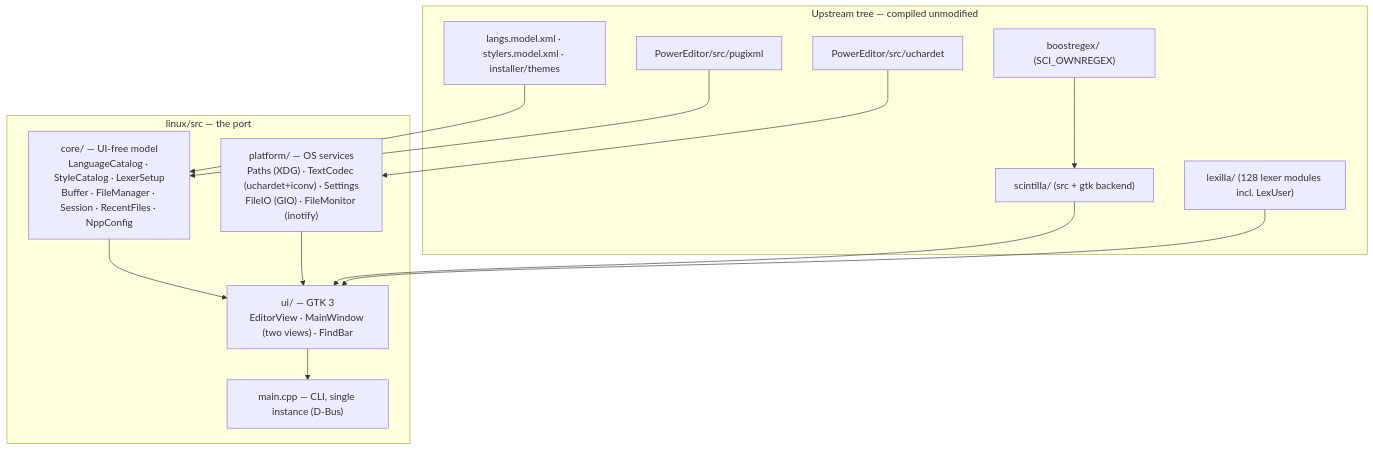
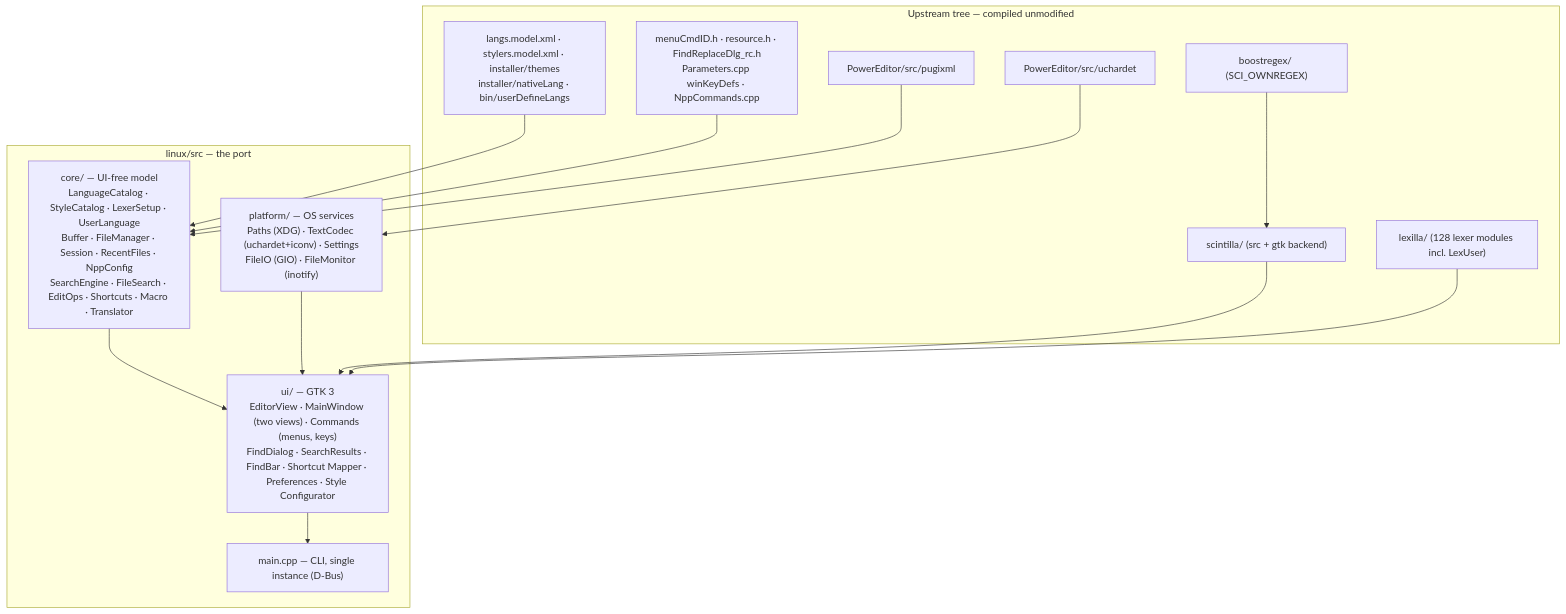
The diagram in linux/docs/PORTING.md (shchers/notepad-plus-plus), drawn with Mermaid before and after one commit. The commit also changed other lines of this file and 59 other files, not shown here.

First line of the commit message:
Linux GTK port: Phase 3 — dialogs, search, macros, localization

````diff
--- a/linux/docs/PORTING.md
+++ b/linux/docs/PORTING.md
@@ -137,26 +137,28 @@
 ```mermaid
 flowchart TB
     subgraph upstream["Upstream tree — compiled unmodified"]
         SCI["scintilla/ (src + gtk backend)"]
         LEX["lexilla/ (128 lexer modules incl. LexUser)"]
         BRX["boostregex/ (SCI_OWNREGEX)"]
         PUG["PowerEditor/src/pugixml"]
         UCD["PowerEditor/src/uchardet"]
-        DATA["langs.model.xml · stylers.model.xml · installer/themes"]
+        DATA["langs.model.xml · stylers.model.xml · installer/themes<br/>installer/nativeLang · bin/userDefineLangs"]
+        IDS["menuCmdID.h · resource.h · FindReplaceDlg_rc.h<br/>Parameters.cpp winKeyDefs · NppCommands.cpp"]
     end
     subgraph port["linux/src — the port"]
-        CORE["core/ — UI-free model<br/>LanguageCatalog · StyleCatalog · LexerSetup<br/>Buffer · FileManager · Session · RecentFiles · NppConfig"]
+        CORE["core/ — UI-free model<br/>LanguageCatalog · StyleCatalog · LexerSetup · UserLanguage<br/>Buffer · FileManager · Session · RecentFiles · NppConfig<br/>SearchEngine · FileSearch · EditOps · Shortcuts · Macro · Translator"]
         PLAT["platform/ — OS services<br/>Paths (XDG) · TextCodec (uchardet+iconv) · Settings<br/>FileIO (GIO) · FileMonitor (inotify)"]
-        UI["ui/ — GTK 3<br/>EditorView · MainWindow (two views) · FindBar"]
+        UI["ui/ — GTK 3<br/>EditorView · MainWindow (two views) · Commands (menus, keys)<br/>FindDialog · SearchResults · FindBar · Shortcut Mapper · Preferences · Style Configurator"]
         MAIN["main.cpp — CLI, single instance (D-Bus)"]
     end
     DATA --> CORE
+    IDS --> CORE
     PUG --> CORE
     UCD --> PLAT
     CORE --> UI
     PLAT --> UI
     SCI --> UI
     LEX --> UI
     BRX --> SCI
     UI --> MAIN
 ```
````
